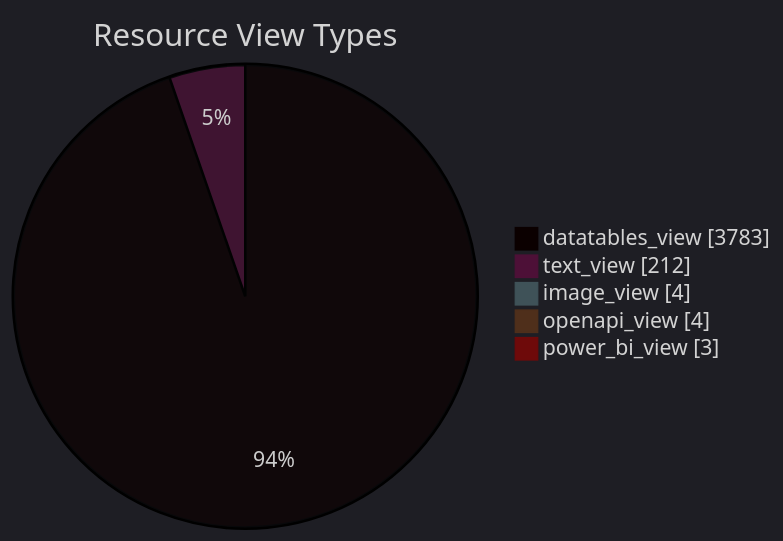
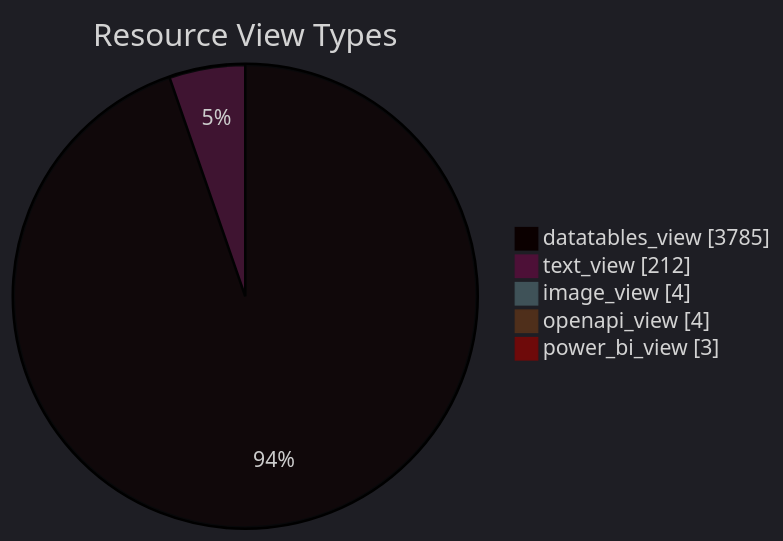
One commit to open-data/analytics-corporate-reporting changed the diagram in datastore_tracker/resource_view_types_pie_chart.md. Above: the diagram before and after it, drawn with Mermaid. The commit also changed 13 other files, not shown here.

````diff
--- a/datastore_tracker/resource_view_types_pie_chart.md
+++ b/datastore_tracker/resource_view_types_pie_chart.md
@@ -2,12 +2,12 @@
 ```mermaid
 ---
 config:
   theme: dark
 ---
 pie showData title Resource View Types
-    "datatables_view": 3783
+    "datatables_view": 3785
     "text_view": 212
     "image_view": 4
     "openapi_view": 4
     "power_bi_view": 3
 ```
````
